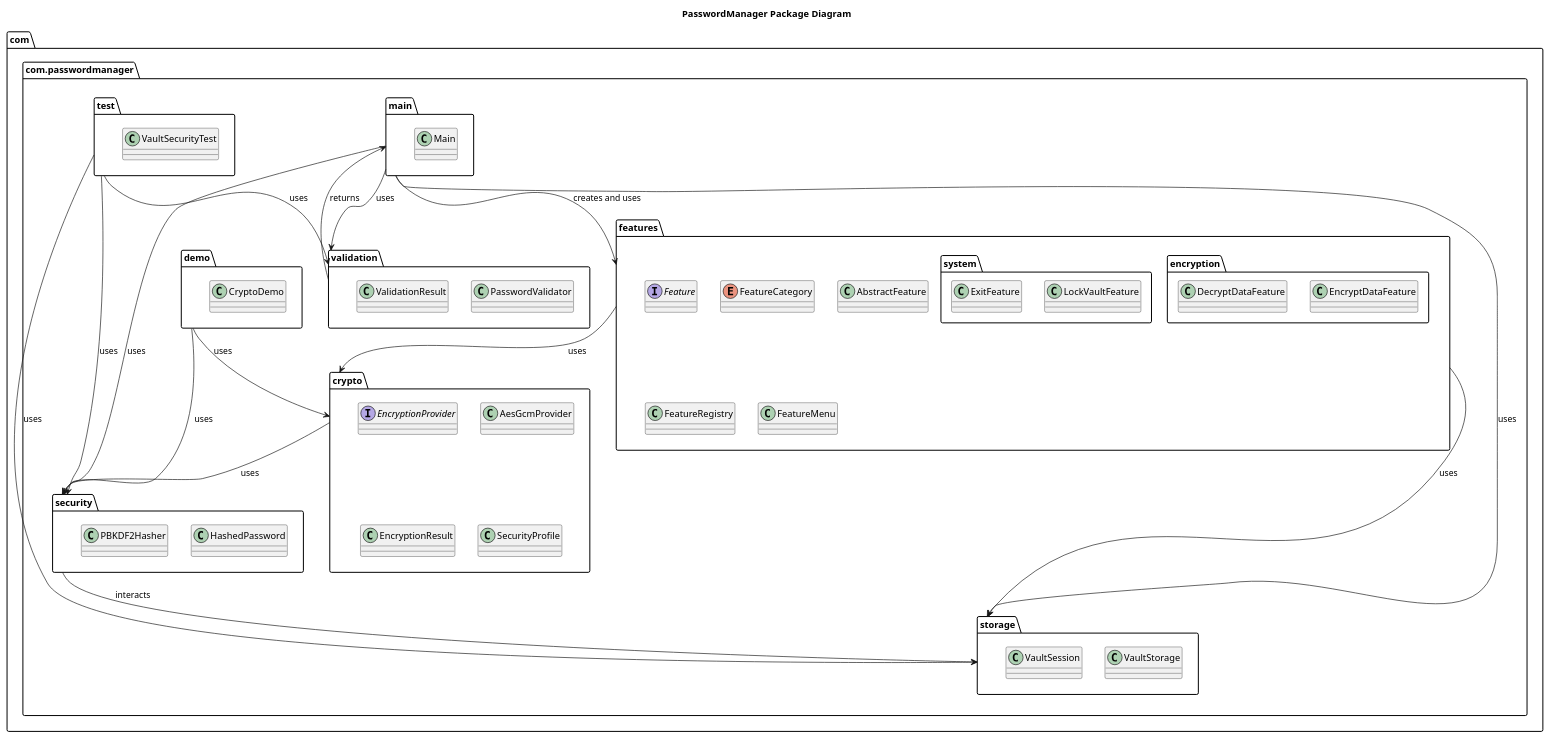
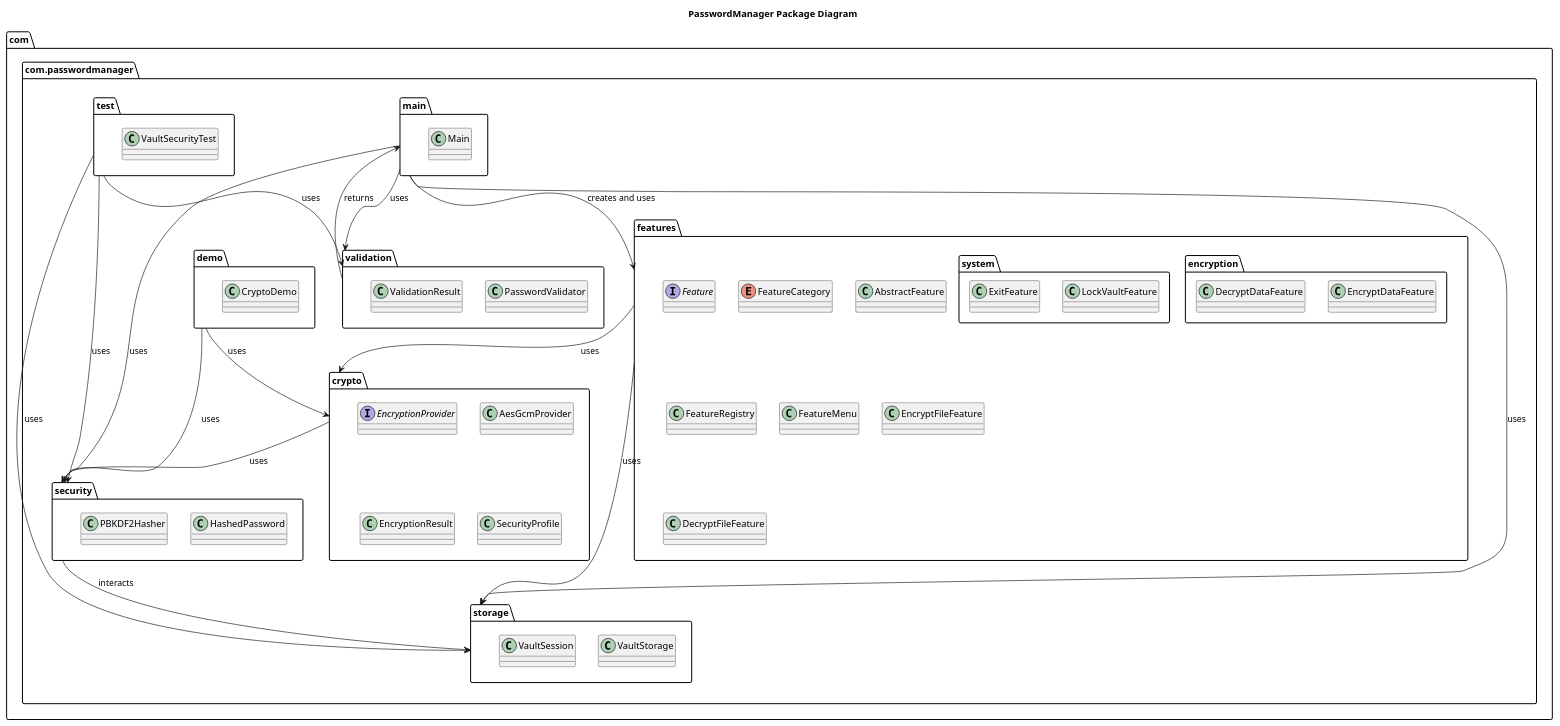
Before and after one commit to Othmaneelmo/PasswordManager: the diagram in documentation/UML diagrams/Package diagram.plantuml, drawn with PlantUML.

Commit message:
Update Package Diagram

```diff
--- a/documentation/UML diagrams/Package diagram.plantuml
+++ b/documentation/UML diagrams/Package diagram.plantuml
@@ -1,77 +1,79 @@
 @startuml Package Diagram
 
 title PasswordManager Package Diagram
 
 package "com.passwordmanager" as com.passwordmanager {
   package "main" as main {
     class Main
   }
 
   package "security" as security {
     class HashedPassword
     class PBKDF2Hasher
   }
 
   package "storage" as storage {
     class VaultStorage
     class VaultSession
   }
 
   package "validation" as validation {
     class PasswordValidator
     class ValidationResult
   }
 
   package "crypto" as crypto {
     interface EncryptionProvider
     class AesGcmProvider
     class EncryptionResult
     class SecurityProfile
   }
 
   package "demo" as demo {
     class CryptoDemo
   }
 
   package "features" as features {
     interface Feature
     enum FeatureCategory
     class AbstractFeature
     class FeatureRegistry
     class FeatureMenu
+    class EncryptFileFeature
+    class DecryptFileFeature
     package "encryption" as encryption {
       class EncryptDataFeature
       class DecryptDataFeature
     }
     package "system" as system {
       class LockVaultFeature
       class ExitFeature
     }
   }
 
   package "test" as test {
     class VaultSecurityTest
   }
 }
 
 main --> features : creates and uses
 main --> security : uses
 main --> storage : uses
 main --> validation : uses
 
 features --> storage : uses
 features --> crypto : uses
 
 crypto --> security : uses
 
 demo --> crypto : uses
 demo --> security : uses
 
 test --> security : uses
 test --> storage : uses
 test --> validation : uses
 
 security --> storage : interacts
 validation --> main : returns
 
 @enduml
```
